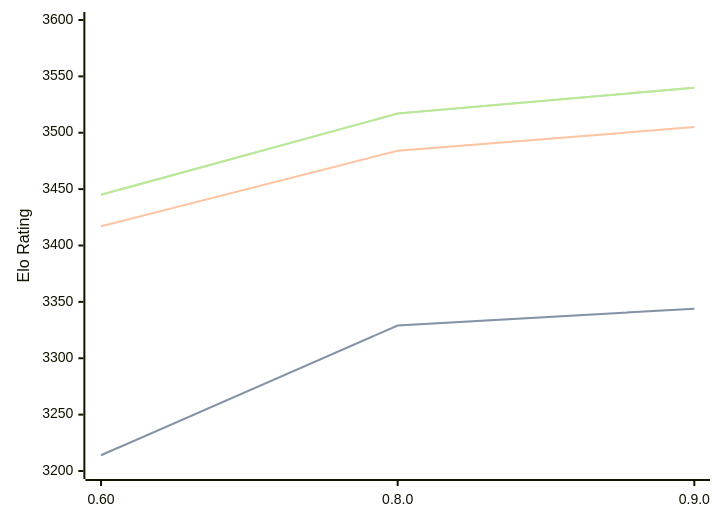
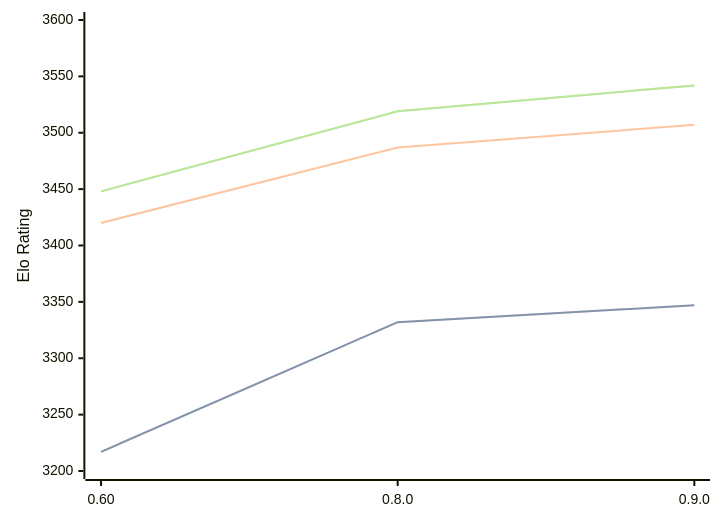
The diagram in engines/Motor.md (computer-chess-index/cci), drawn with Mermaid before and after one commit. The commit also changed other lines of this file, not shown here.

Commit message:
Update CCI Ratings (ELO VLTC) - 2026-09-24

````diff
--- a/engines/Motor.md
+++ b/engines/Motor.md
@@ -33,11 +33,11 @@
 ```mermaid
 %%{init: {"theme":"base","themeVariables":{"seriesColors:['#a3a3a3','#222221','#faa371']}}}%%
 xychart-beta
   x-axis ["0.60", "0.8.0", "0.9.0"]
   y-axis "Elo Rating" 3200 --> 3600
-  line "" [3214, 3329, 3344]
-  line "STC (8.0+0.08s)" [3214, 3329, 3344]
-  line "LTC (60.0+0.60s)" [3417, 3484, 3505]
-  line "" [3445, 3517, 3540]
-  line "VLTC (2m24s+1.12s)" [3445, 3517, 3540]
+  line "" [3217, 3332, 3347]
+  line "STC (8.0+0.08s)" [3217, 3332, 3347]
+  line "LTC (60.0+0.60s)" [3420, 3487, 3507]
+  line "" [3448, 3519, 3542]
+  line "VLTC (2m24s+1.12s)" [3448, 3519, 3542]
 ```
````
